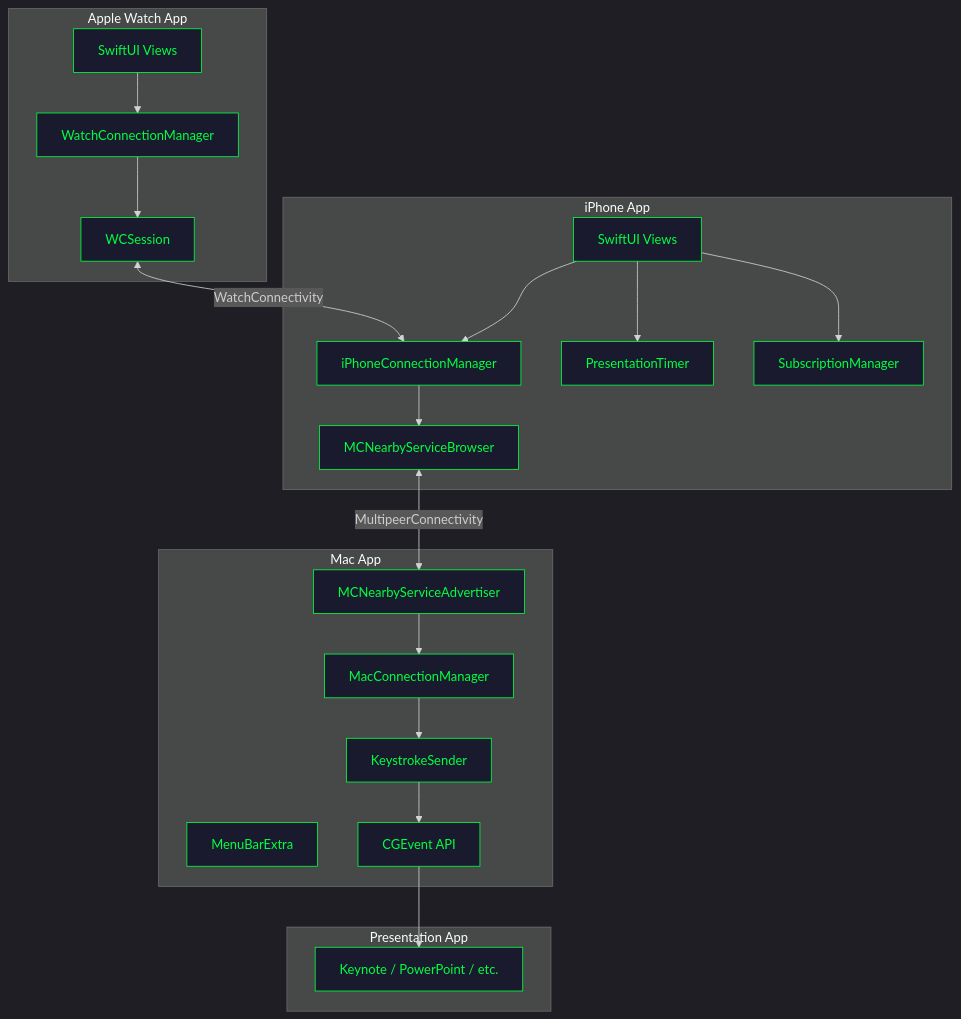
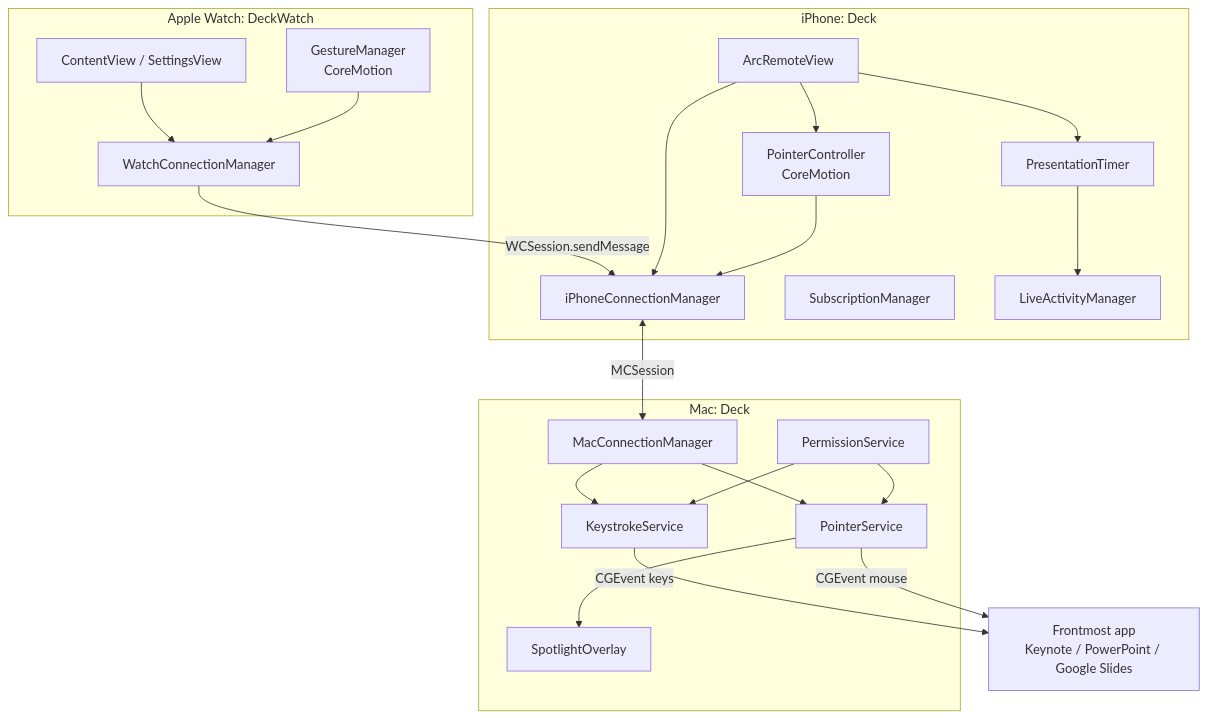
One commit to douinc/deck changed the first of 4 diagrams in wiki/Architecture.md. Above: the diagram before and after it, drawn with Mermaid. The commit also changed other lines of this file and 18 other files, not shown here.

````diff
--- a/wiki/Architecture.md
+++ b/wiki/Architecture.md
@@ -7,45 +7,44 @@
 ```mermaid
-%%{init: {'theme': 'dark'}}%%
 flowchart TB
-    subgraph Watch["Apple Watch App"]
-        WUI[SwiftUI Views]
+    subgraph Watch["Apple Watch: DeckWatch"]
+        WUI[ContentView / SettingsView]
+        GM[GestureManager<br/>CoreMotion]
         WCM[WatchConnectionManager]
-        WCS[WCSession]
     end
 
-    subgraph iPhone["iPhone App"]
-        UI[SwiftUI Views]
+    subgraph iPhone["iPhone: Deck"]
+        Remote[ArcRemoteView]
+        PC[PointerController<br/>CoreMotion]
+        Timer[PresentationTimer]
         ICM[iPhoneConnectionManager]
-        Browser[MCNearbyServiceBrowser]
-        Timer[PresentationTimer]
         Sub[SubscriptionManager]
+        LA[LiveActivityManager]
     end
 
-    subgraph Mac["Mac App"]
-        MenuBar[MenuBarExtra]
+    subgraph Mac["Mac: Deck"]
         MCM[MacConnectionManager]
-        Advertiser[MCNearbyServiceAdvertiser]
-        KS[KeystrokeSender]
-        CGE[CGEvent API]
+        KS[KeystrokeService]
+        PS[PointerService]
+        SO[SpotlightOverlay]
+        Perm[PermissionService]
     end
 
-    subgraph Target["Presentation App"]
-        Keynote[Keynote / PowerPoint / etc.]
-    end
+    App[Frontmost app<br/>Keynote / PowerPoint / Google Slides]
 
     WUI --> WCM
-    WCM --> WCS
-    WCS <-->|WatchConnectivity| ICM
-    UI --> ICM
-    UI --> Timer
-    UI --> Sub
-    ICM --> Browser
-    Browser <-->|MultipeerConnectivity| Advertiser
-    Advertiser --> MCM
+    GM --> WCM
+    WCM -->|WCSession.sendMessage| ICM
+    Remote --> ICM
+    Remote --> PC
+    Remote --> Timer
+    PC --> ICM
+    Timer --> LA
+    ICM <-->|MCSession| MCM
     MCM --> KS
-    KS --> CGE
-    CGE --> Keynote
-
-    classDef default fill:#1a1a2e,stroke:#00ff41,color:#00ff41
-    classDef subgraphStyle fill:#0d0d1a,stroke:#00ff41
+    MCM --> PS
+    PS --> SO
+    Perm --> KS
+    Perm --> PS
+    KS -->|CGEvent keys| App
+    PS -->|CGEvent mouse| App
 ```
````
